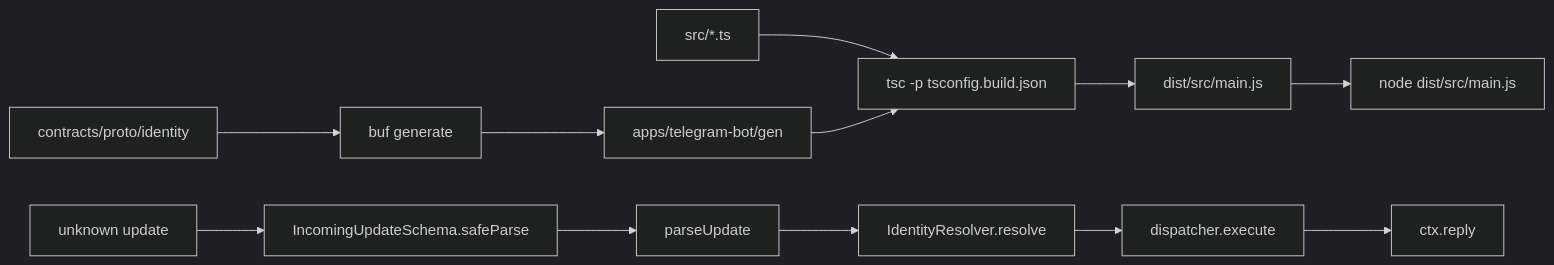
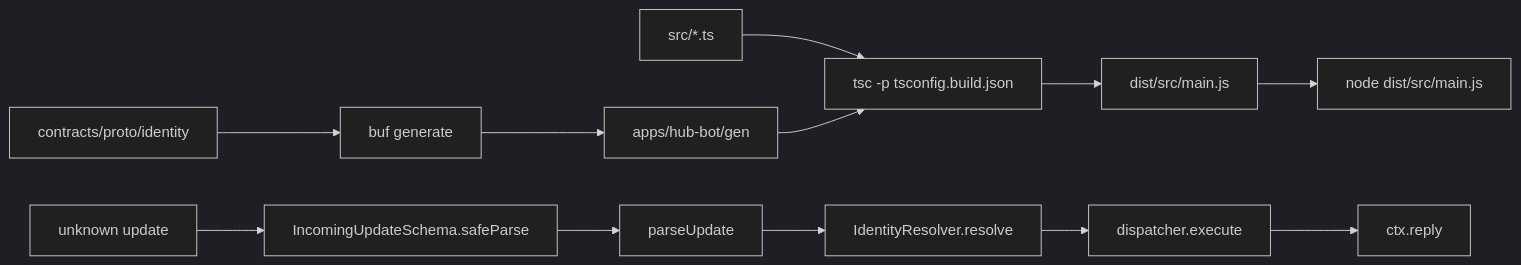
The diagram in docs/learning/typescript/module-and-types.md (Solguficky/solguficky-hub), drawn with Mermaid (dark theme) before and after one commit. The commit also changed other lines of this file and 275 other files, not shown here.

First line of the commit message:
[PER-433] Переименовать узел бота хаба в hub-bot (#310)

````diff
--- a/docs/learning/typescript/module-and-types.md
+++ b/docs/learning/typescript/module-and-types.md
@@ -136,14 +136,14 @@
 ```mermaid
 flowchart LR
   proto["contracts/proto/identity"] --> buf["buf generate"]
-  buf --> gen["apps/telegram-bot/gen"]
+  buf --> gen["apps/hub-bot/gen"]
   src["src/*.ts"] --> tsc["tsc -p tsconfig.build.json"]
   gen --> tsc
   tsc --> dist["dist/src/main.js"]
   dist --> node["node dist/src/main.js"]
   unknown["unknown update"] --> zod["IncomingUpdateSchema.safeParse"]
   zod --> parser["parseUpdate"]
   parser --> identity["IdentityResolver.resolve"]
   identity --> disp["dispatcher.execute"]
   disp --> reply["ctx.reply"]
 ```
````
